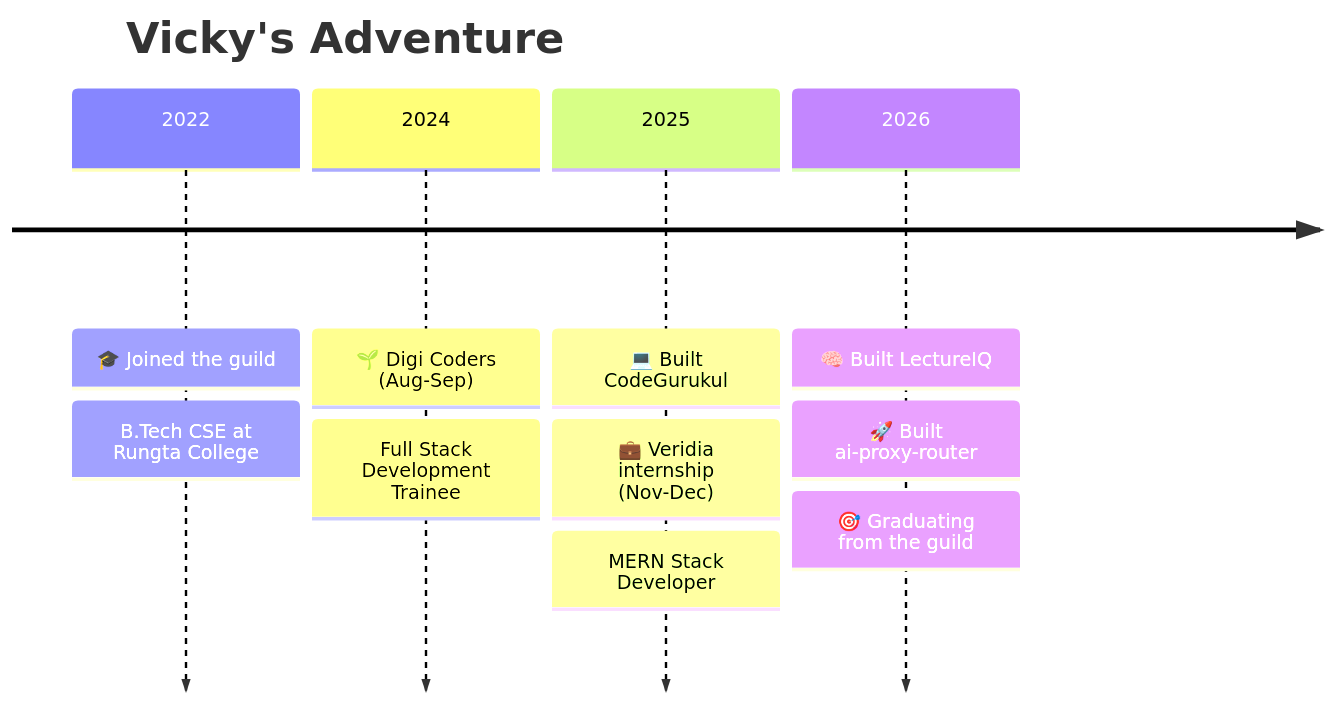
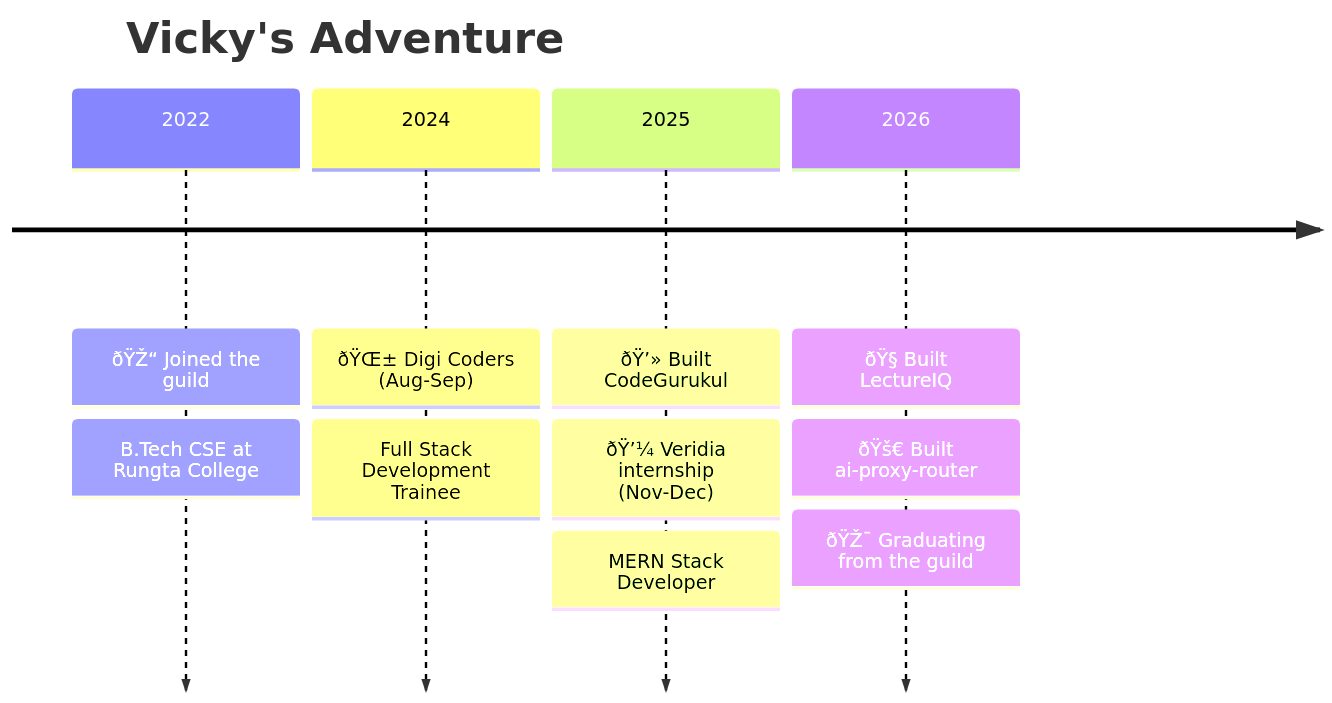
The second of 2 diagrams in README.md (Vicky7632/Vicky7632), drawn with Mermaid before and after one commit. The commit also changed other lines of this file, not shown here.

````diff
--- a/README.md
+++ b/README.md
@@ -97,8 +97,8 @@
 ```mermaid
 timeline
     title Vicky's Adventure
-    2022 : 🎓 Joined the guild : B.Tech CSE at Rungta College
-    2024 : 🌱 Digi Coders (Aug-Sep) : Full Stack Development Trainee
-    2025 : 💻 Built CodeGurukul : 💼 Veridia internship (Nov-Dec) : MERN Stack Developer
-    2026 : 🧠 Built LectureIQ : 🚀 Built ai-proxy-router : 🎯 Graduating from the guild
+    2022 : ðŸŽ“ Joined the guild : B.Tech CSE at Rungta College
+    2024 : ðŸŒ± Digi Coders (Aug-Sep) : Full Stack Development Trainee
+    2025 : ðŸ’» Built CodeGurukul : ðŸ’¼ Veridia internship (Nov-Dec) : MERN Stack Developer
+    2026 : ðŸ§  Built LectureIQ : ðŸš€ Built ai-proxy-router : ðŸŽ¯ Graduating from the guild
 ```
````
